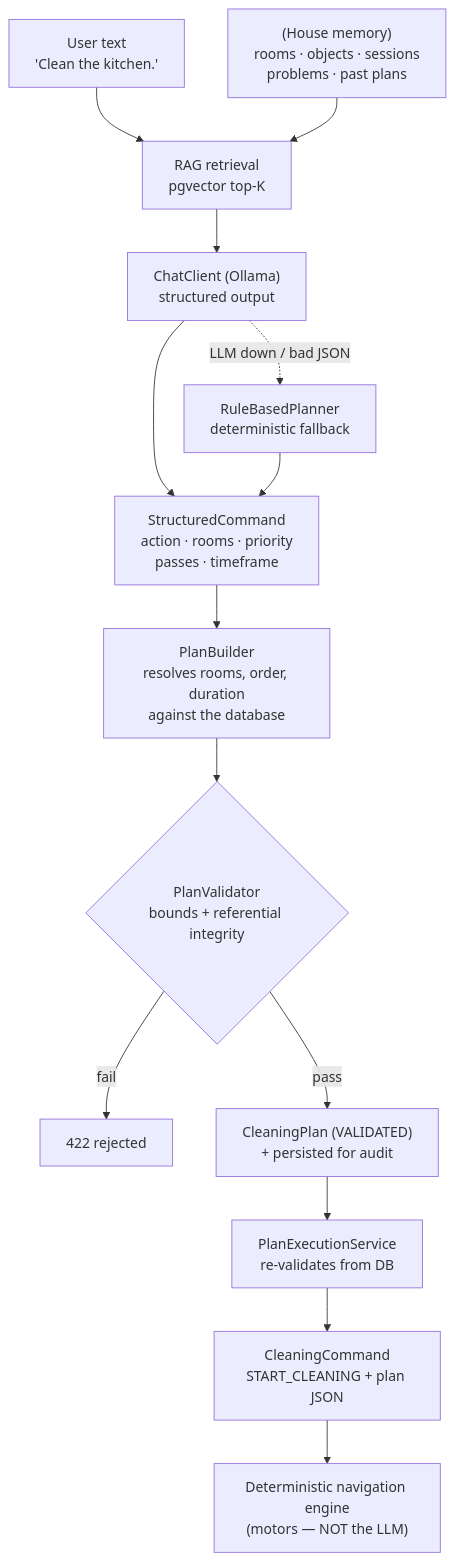
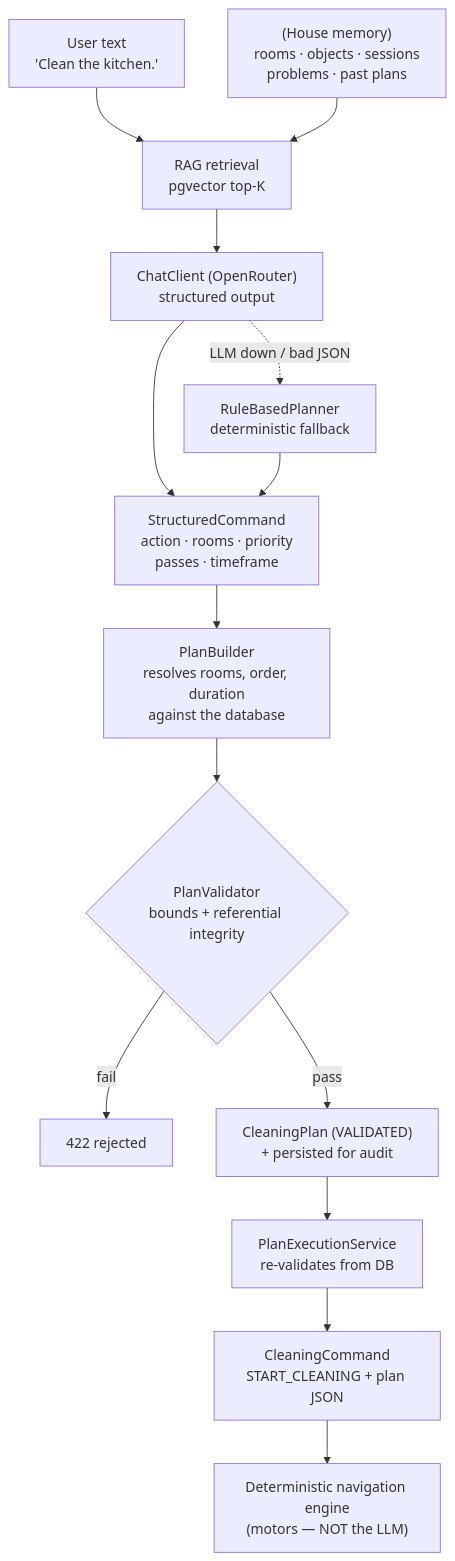
Before and after one commit to muraridevv/SwachhBotBackend: the first of 3 diagrams in README.md, drawn with Mermaid. The commit also changed other lines of this file and 5 other files, not shown here.

Commit message:
feat: use OpenRouter free models for AI

````diff
--- a/README.md
+++ b/README.md
@@ -207,16 +206,16 @@
 ```mermaid
 flowchart TD
     U["User text<br/>'Clean the kitchen.'"] --> R["RAG retrieval<br/>pgvector top-K"]
     H["(House memory)<br/>rooms · objects · sessions<br/>problems · past plans"] --> R
-    R --> C["ChatClient (Ollama)<br/>structured output"]
+    R --> C["ChatClient (OpenRouter)<br/>structured output"]
     C --> S["StructuredCommand<br/>action · rooms · priority<br/>passes · timeframe"]
     C -.->|LLM down / bad JSON| F["RuleBasedPlanner<br/>deterministic fallback"]
     F --> S
     S --> B["PlanBuilder<br/>resolves rooms, order, duration<br/>against the database"]
     B --> V{"PlanValidator<br/>bounds + referential integrity"}
     V -->|fail| X["422 rejected"]
     V -->|pass| P["CleaningPlan (VALIDATED)<br/>+ persisted for audit"]
     P --> E["PlanExecutionService<br/>re-validates from DB"]
     E --> D["CleaningCommand<br/>START_CLEANING + plan JSON"]
     D --> N["Deterministic navigation engine<br/>(motors — NOT the LLM)"]
 ```
````
